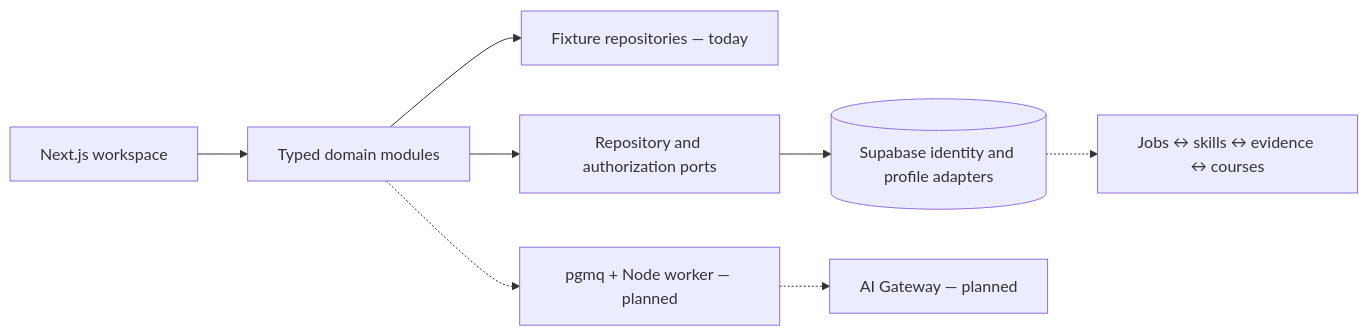
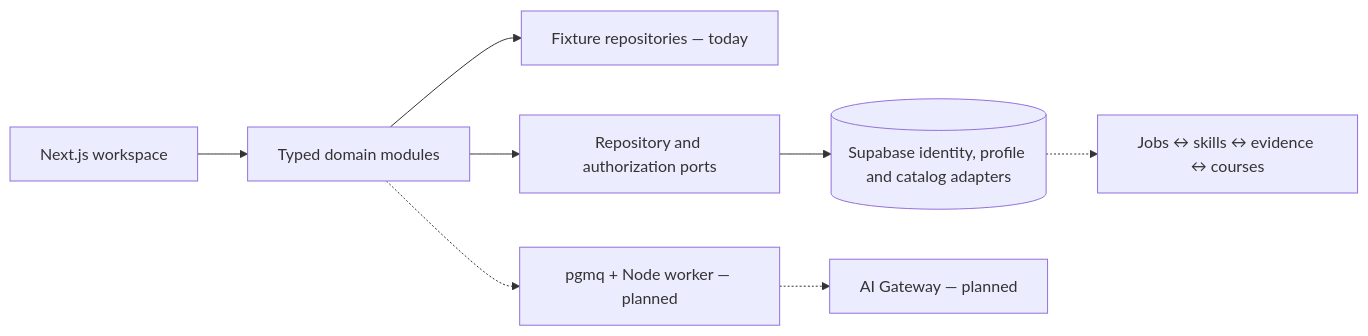
The diagram in README.md (jerry1022/rolefoundry), drawn with Mermaid before and after one commit. The commit also changed other lines of this file and 51 other files, not shown here.

````diff
--- a/README.md
+++ b/README.md
@@ -92,10 +92,10 @@
 ```mermaid
 flowchart LR
     UI[Next.js workspace] --> D[Typed domain modules]
     D --> F[Fixture repositories — today]
     D --> Ports[Repository and authorization ports]
-    Ports --> DB[(Supabase identity and profile adapters)]
+    Ports --> DB[(Supabase identity, profile and catalog adapters)]
     D -.-> Q[pgmq + Node worker — planned]
     Q -.-> AI[AI Gateway — planned]
     DB -.-> S[Jobs ↔ skills ↔ evidence ↔ courses]
 ```
````
